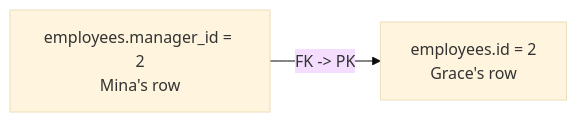
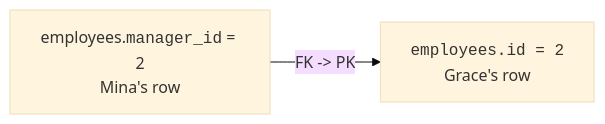
Before and after one commit to dataslope/dataslope: the third of 6 diagrams in content/learn/database-design-postgresql/self-referencing-relationships.mdx, drawn with Mermaid (base theme). The commit also changed other lines of this file and 218 other files, not shown here.

First line of the commit message:
Render code-only mermaid shapes in monospace; convert step sequences to Steps (#467)

````diff
--- a/content/learn/database-design-postgresql/self-referencing-relationships.mdx
+++ b/content/learn/database-design-postgresql/self-referencing-relationships.mdx
@@ -47,4 +47,4 @@
 ```mermaid
 flowchart LR
-    Child["employees.manager_id = 2<br/>Mina's row"] -->|"FK -> PK"| Parent["employees.id = 2<br/>Grace's row"]
+    Child["employees.<code>manager_id</code> = 2<br/>Mina's row"] -->|"FK -> PK"| Parent["<code>employees.id = 2</code><br/>Grace's row"]
 ```
````
